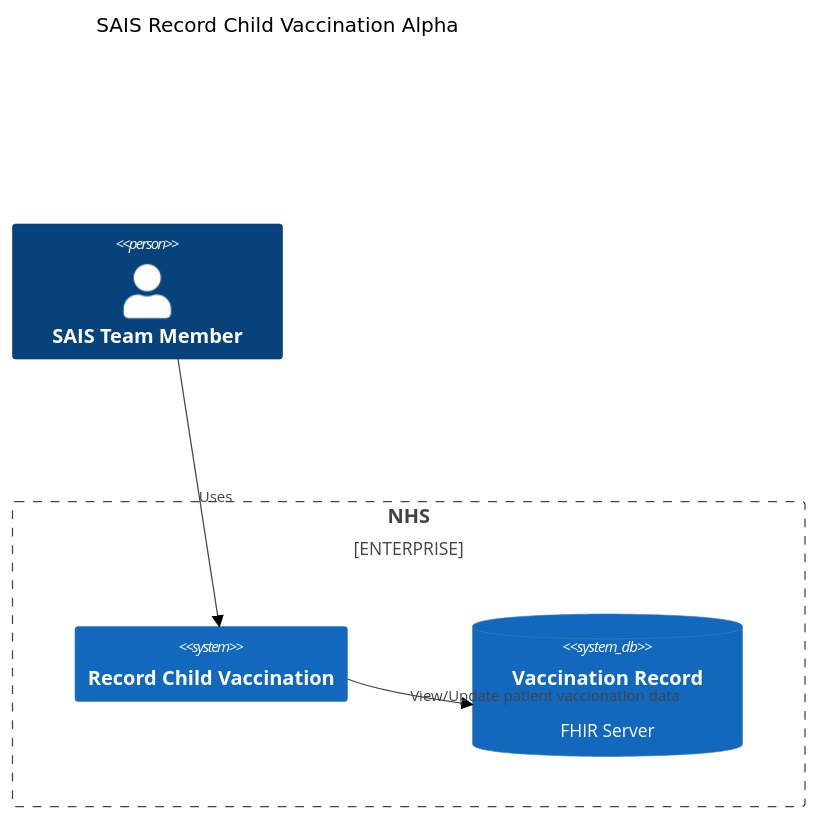
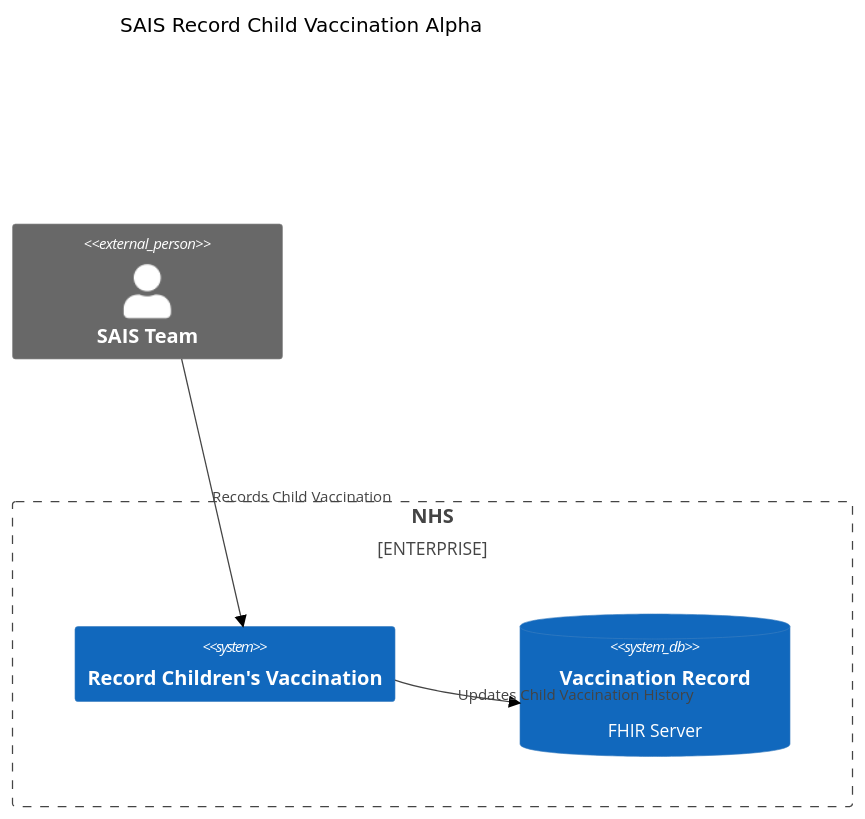
One commit to nhsuk/manage-vaccinations-in-schools changed the first of 2 diagrams in docs/architecture.md. Above: the diagram before and after it, drawn with Mermaid (neutral theme). The commit also changed other lines of this file, not shown here.

Commit message:
Update architecture diagrams

````diff
--- a/docs/architecture.md
+++ b/docs/architecture.md
@@ -53,14 +53,14 @@
 ```mermaid
 C4Context
   title SAIS Record Child Vaccination Alpha
 
-  Person(sais, "SAIS Team Member")
+  Person_Ext(sais, "SAIS Team")
 
   Enterprise_Boundary(nhs, "NHS") {
-    System(serverApp, "Record Child Vaccination", "")
+    System(record, "Record Children's Vaccination", "")
     SystemDb(vaccineRecord, "Vaccination Record", "FHIR Server")
   }
 
-  Rel(sais, serverApp, "Uses")
-  Rel(serverApp, vaccineRecord, "View/Update patient vaccionation data")
+  Rel(sais, record, "Records Child Vaccination")
+  Rel(record, vaccineRecord, "Updates Child Vaccination History")
 ```
````
